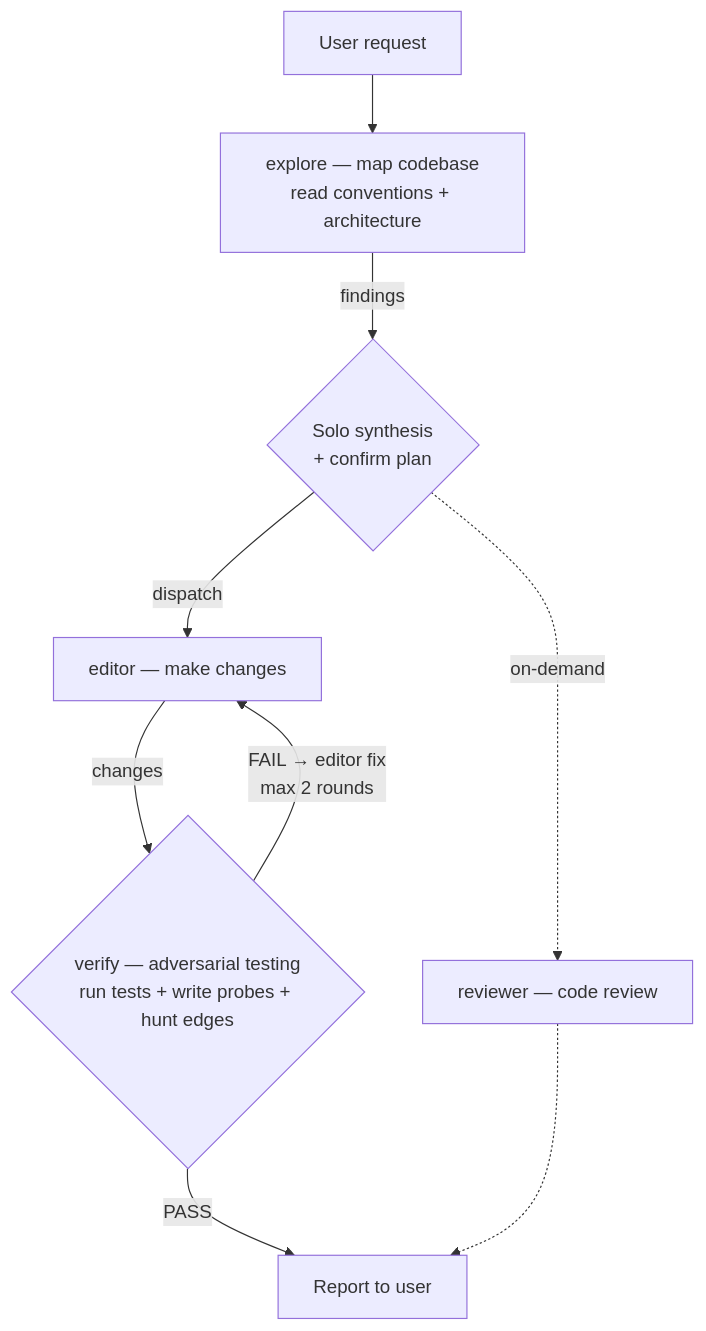
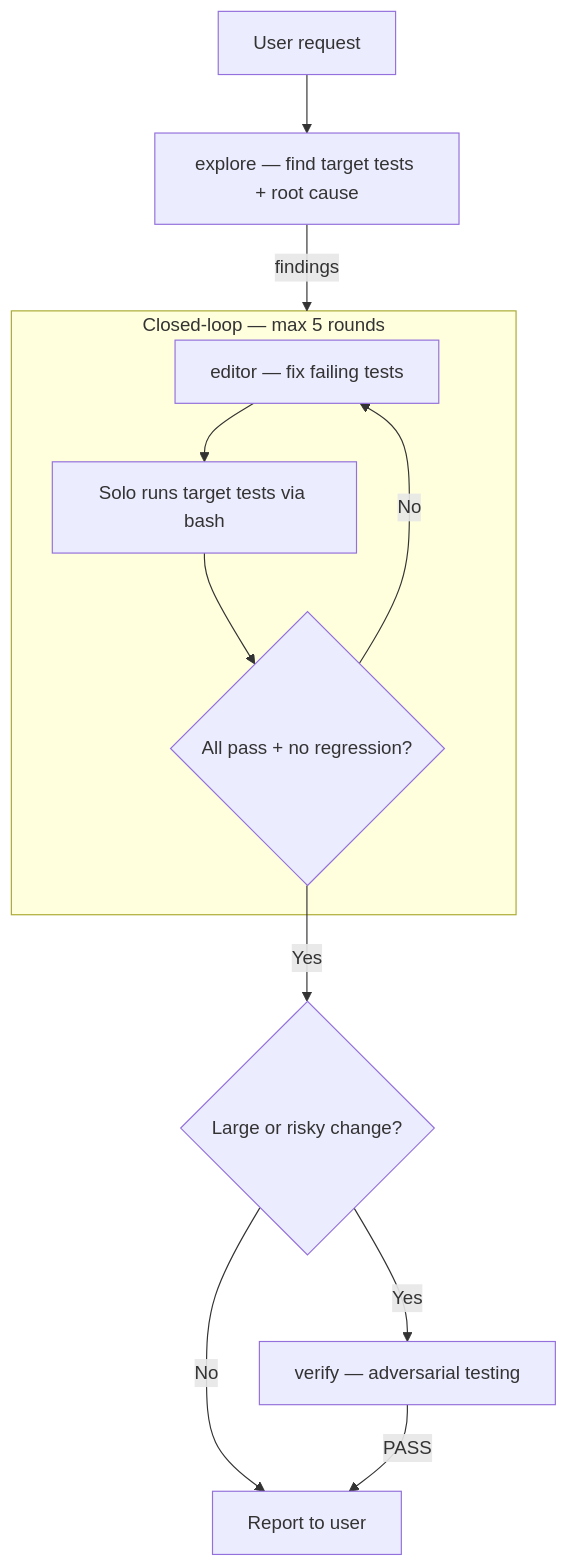
The second of 2 diagrams in README.md (Dqz00116/opencode-solo), drawn with Mermaid before and after one commit. The commit also changed other lines of this file and 6 other files, not shown here.

First line of the commit message:
v2.0: closed-loop architecture with SWE-bench validation

````diff
--- a/README.md
+++ b/README.md
@@ -127,11 +143,14 @@
 ```mermaid
 flowchart TD
-    Req["User request"] --> P1["explore — map codebase<br/>read conventions + architecture"]
-    P1 -->|"findings"| P2{"Solo synthesis<br/>+ confirm plan"}
-    P2 -->|"dispatch"| P3["editor — make changes"]
-    P3 -->|"changes"| P4{"verify — adversarial testing<br/>run tests + write probes + hunt edges"}
-    P4 -->|"PASS"| Done["Report to user"]
-    P4 -->|"FAIL → editor fix<br/>max 2 rounds"| P3
-    P2 -.->|"on-demand"| Rev["reviewer — code review"]
-    Rev -.-> Done
+    Req["User request"] --> Init["explore — find target tests + root cause"]
+    Init -->|"findings"| Loop
+    subgraph Loop ["Closed-loop — max 5 rounds"]
+        Edit["editor — fix failing tests"] --> Test["Solo runs target tests via bash"]
+        Test --> Check{"All pass + no regression?"}
+        Check -->|"No"| Edit
+    end
+    Check -->|"Yes"| Size{"Large or risky change?"}
+    Size -->|"No"| Done["Report to user"]
+    Size -->|"Yes"| Verify["verify — adversarial testing"]
+    Verify -->|"PASS"| Done
 ```
````
